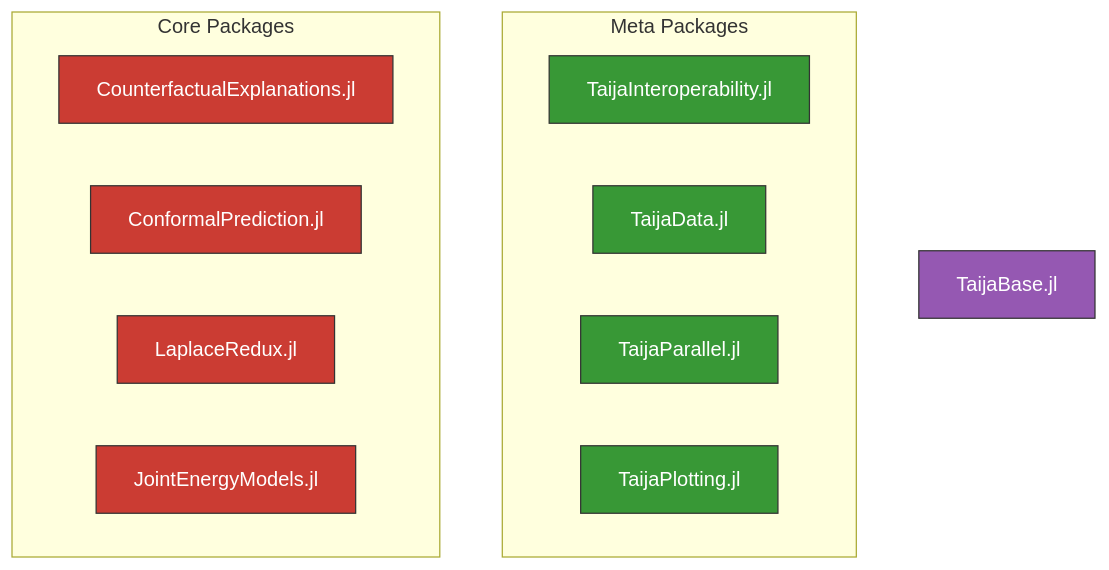
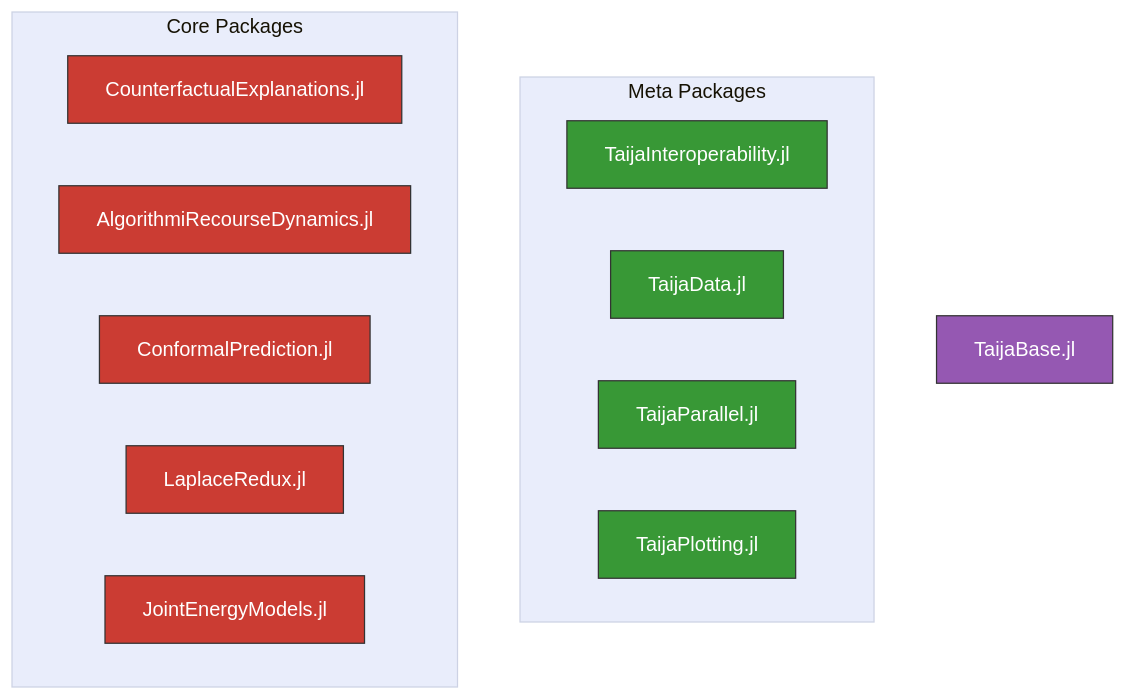
The diagram in profile/overview.mmd (JuliaTrustworthyAI/.github), drawn with Mermaid before and after one commit. The commit also changed 2 other files, not shown here.

Commit message:
mermaid diagram

```diff
--- a/profile/overview.mmd
+++ b/profile/overview.mmd
@@ -1,33 +1,49 @@
+%%{
+  init: {
+    'theme': 'base',
+    'themeVariables': {
+      'primaryColor': '#BB2528',
+      'primaryTextColor': '#fff',
+      'primaryBorderColor': '#7C0000',
+      'lineColor': '#F8B229',
+      'secondaryColor': '#006100',
+      'tertiaryColor': '#e9edfb',
+      'fontFamily': "avenir"
+    }
+  }
+}%%
+
 flowchart TB
 
     classDef taija fill:#389836,stroke:#333,color:#fff;
     classDef core fill:#CB3C33,stroke:#333,color:#fff;
     classDef base fill:#9558B2,stroke:#333,color:#fff;
 
     %% Base
     base["TaijaBase.jl"]
 
     %% Meta
     interop["TaijaInteroperability.jl"]
     data["TaijaData.jl"]
     parallel["TaijaParallel.jl"]
     plotting["TaijaPlotting.jl"]
 
     %% Core
     ce["CounterfactualExplanations.jl"]
+    ar["AlgorithmiRecourseDynamics.jl"]
     cp["ConformalPrediction.jl"]
     lr["LaplaceRedux.jl"]
     jem["JointEnergyModels.jl"]
 
     class base base;
     class interop,data,parallel,plotting taija;
-    class ce,cp,lr,jem core;
+    class ce,cp,lr,jem,ar core;
 
     %% Graph
     subgraph "Meta Packages"
         data & plotting & parallel & interop
     end
 
     subgraph "Core Packages"
-        ce & cp & lr & jem
+        ce & cp & lr & jem & ar
     end
```
